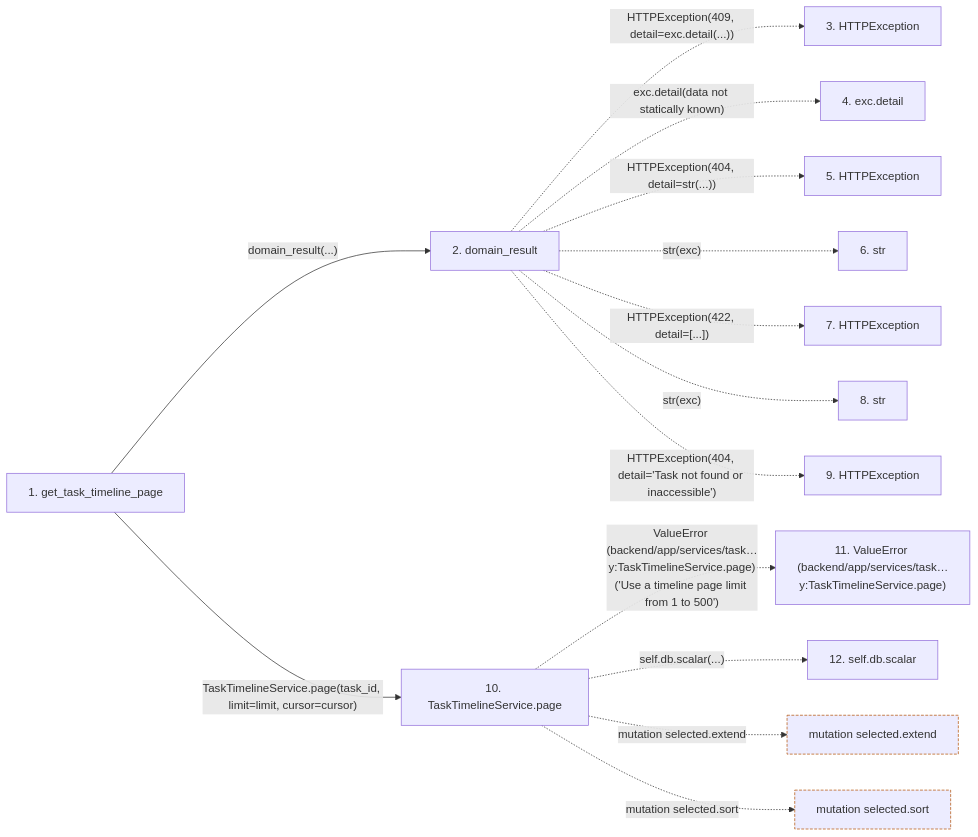
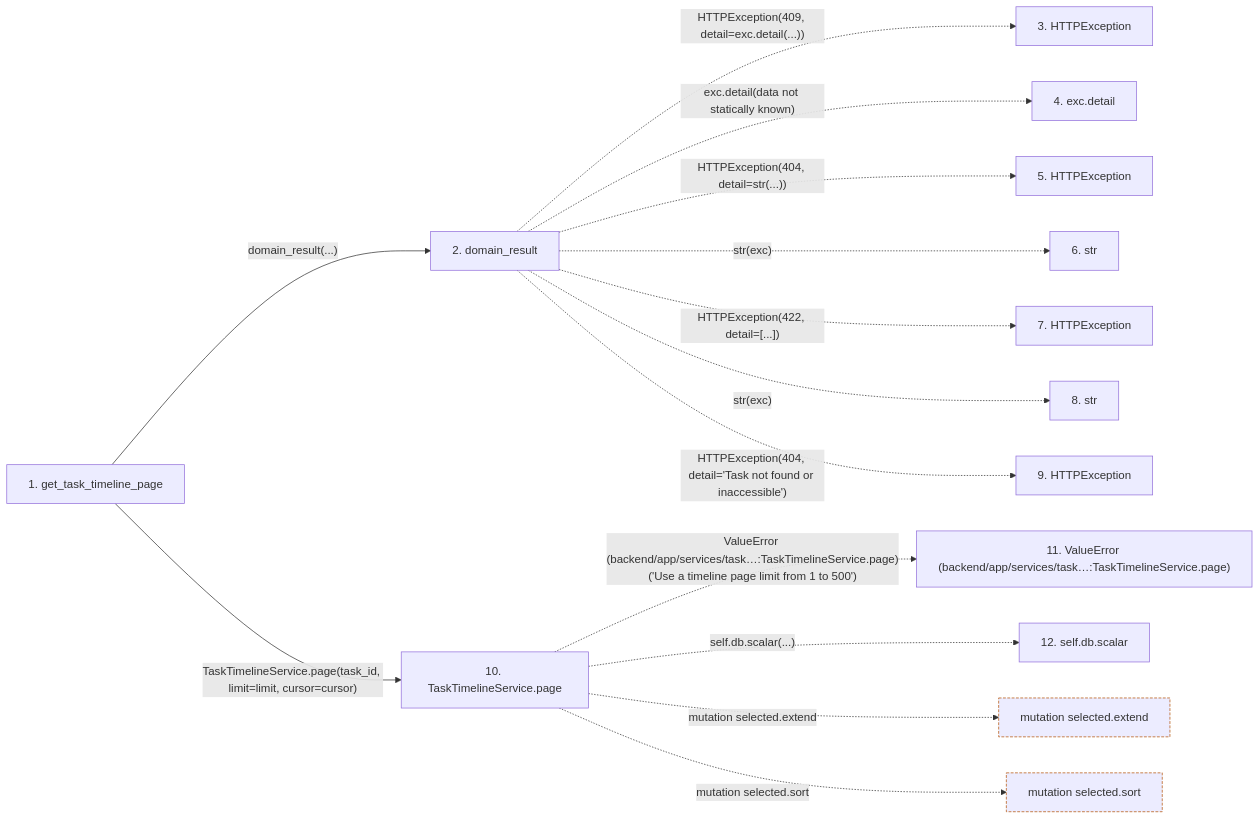
One commit to Denissvgn/WorkChord changed the second of 2 diagrams in docs/llm_wiki/flows/http-get_task_timeline_page.md. Above: the diagram before and after it, drawn with Mermaid. The commit also changed other lines of this file and 502 other files, not shown here.

````diff
--- a/docs/llm_wiki/flows/http-get_task_timeline_page.md
+++ b/docs/llm_wiki/flows/http-get_task_timeline_page.md
@@ -126,36 +128,36 @@
 ```mermaid
 flowchart LR
     s1["1. get_task_timeline_page"]
     s2["2. domain_result"]
     s3["3. HTTPException"]
     s4["4. exc.detail"]
     s5["5. HTTPException"]
     s6["6. str"]
     s7["7. HTTPException"]
     s8["8. str"]
     s9["9. HTTPException"]
     s10["10. TaskTimelineService.page"]
-    s11["11. ValueError (backend/app/services/task…y:TaskTimelineService.page)"]
+    s11["11. ValueError (backend/app/services/task…:TaskTimelineService.page)"]
     s12["12. self.db.scalar"]
     s1 -->|"domain_result(...)"| s2
     s2 -. "HTTPException(409, detail=exc.detail(...))" .-> s3
     s2 -. "exc.detail(data not statically known)" .-> s4
     s2 -. "HTTPException(404, detail=str(...))" .-> s5
     s2 -. "str(exc)" .-> s6
     s2 -. "HTTPException(422, detail=[...])" .-> s7
     s2 -. "str(exc)" .-> s8
     s2 -. "HTTPException(404, detail='Task not found or inaccessible')" .-> s9
     s1 -->|"TaskTimelineService.page(task_id, limit=limit, cursor=cursor)"| s10
-    s10 -. "ValueError (backend/app/services/task…y:TaskTimelineService.page)('Use a timeline page limit from 1 to 500')" .-> s11
+    s10 -. "ValueError (backend/app/services/task…:TaskTimelineService.page)('Use a timeline page limit from 1 to 500')" .-> s11
     s10 -. "self.db.scalar(...)" .-> s12
     b0["mutation selected.extend"]
     s10 -. "mutation selected.extend" .-> b0
     b1["mutation selected.sort"]
     s10 -. "mutation selected.sort" .-> b1
     click s1 "../modules/tasks.md"
     click s2 "../modules/routers_task_domain.md"
     click s10 "../modules/task_timeline_service.md"
     classDef boundary stroke:#b45309,stroke-dasharray: 4 2
     class b0 boundary
     class b1 boundary
 ```
````
